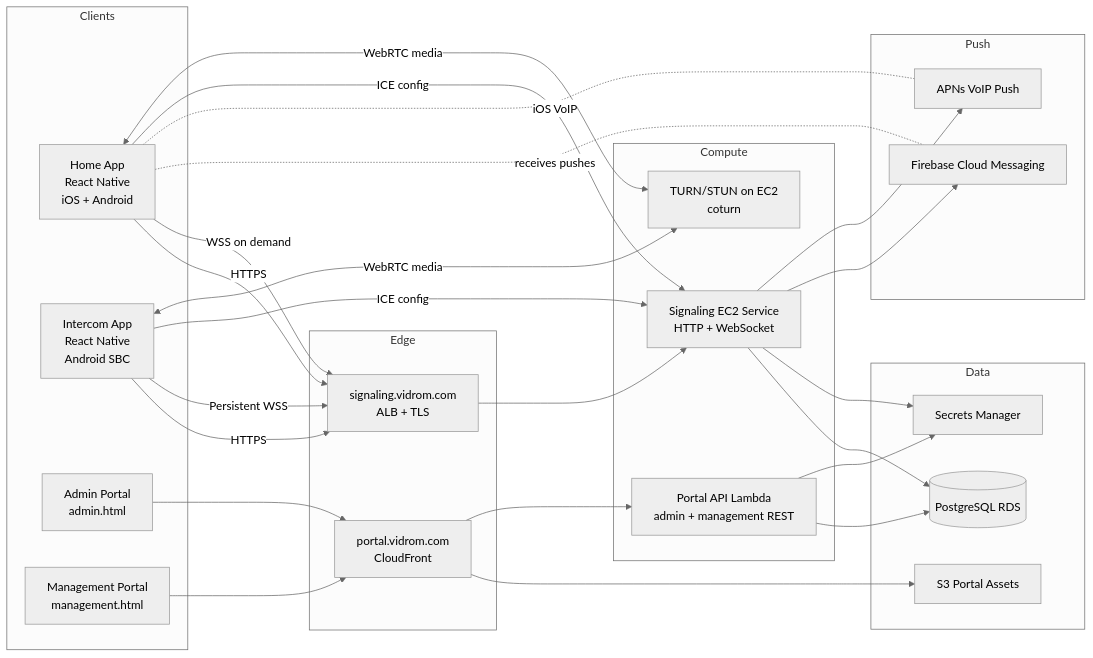
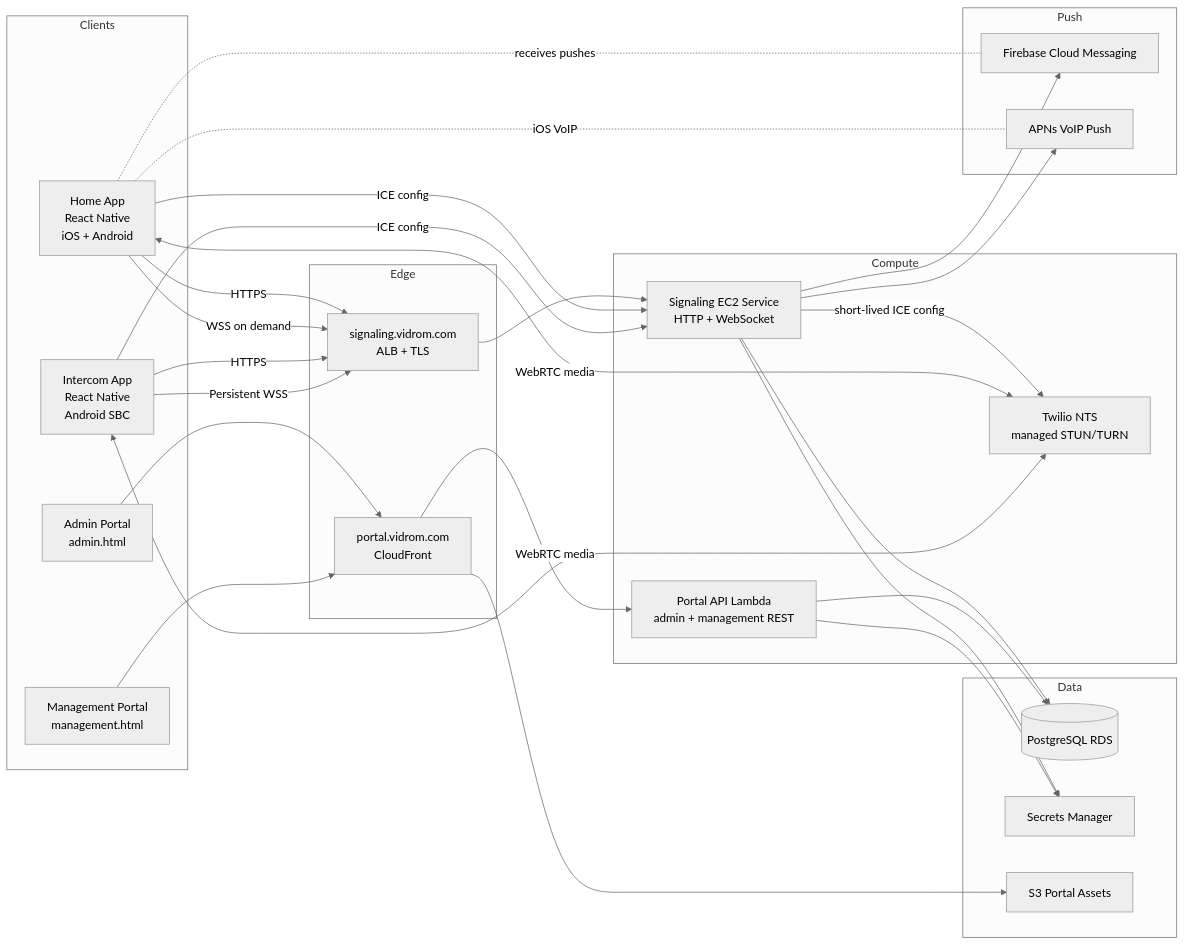
Before and after one commit to vidrom/vidrom-ai-design: the diagram in diagrams/01-system-landscape.md, drawn with Mermaid (neutral theme). The commit also changed other lines of this file and 9 other files, not shown here.

````diff
--- a/diagrams/01-system-landscape.md
+++ b/diagrams/01-system-landscape.md
@@ -3,55 +3,56 @@
 ```mermaid
 flowchart LR
     subgraph Clients
         Home[Home App\nReact Native\niOS + Android]
         Intercom[Intercom App\nReact Native\nAndroid SBC]
         Admin[Admin Portal\nadmin.html]
         Mgmt[Management Portal\nmanagement.html]
     end
 
     subgraph Edge
         PortalEdge[portal.vidrom.com\nCloudFront]
         SignalEdge[signaling.vidrom.com\nALB + TLS]
     end
 
     subgraph Compute
         Api[Portal API Lambda\nadmin + management REST]
         Signal[Signaling EC2 Service\nHTTP + WebSocket]
-        Turn[TURN/STUN on EC2\ncoturn]
+        Twilio[Twilio NTS\nmanaged STUN/TURN]
     end
 
     subgraph Data
         RDS[(PostgreSQL RDS)]
         Secrets[Secrets Manager]
         Bucket[S3 Portal Assets]
     end
 
     subgraph Push
         FCM[Firebase Cloud Messaging]
         APNs[APNs VoIP Push]
     end
 
     Admin --> PortalEdge
     Mgmt --> PortalEdge
     PortalEdge --> Bucket
     PortalEdge --> Api
 
     Home -->|HTTPS| SignalEdge
     Home -->|WSS on demand| SignalEdge
     Intercom -->|HTTPS| SignalEdge
     Intercom -->|Persistent WSS| SignalEdge
     SignalEdge --> Signal
 
     Signal --> RDS
     Api --> RDS
     Signal --> Secrets
     Api --> Secrets
     Signal --> FCM
     Signal --> APNs
     Home -. receives pushes .- FCM
     Home -. iOS VoIP .- APNs
     Home -->|ICE config| Signal
     Intercom -->|ICE config| Signal
-    Home <-->|WebRTC media| Turn
-    Intercom <-->|WebRTC media| Turn
+    Signal -->|short-lived ICE config| Twilio
+    Home <-->|WebRTC media| Twilio
+    Intercom <-->|WebRTC media| Twilio
 ```
````
